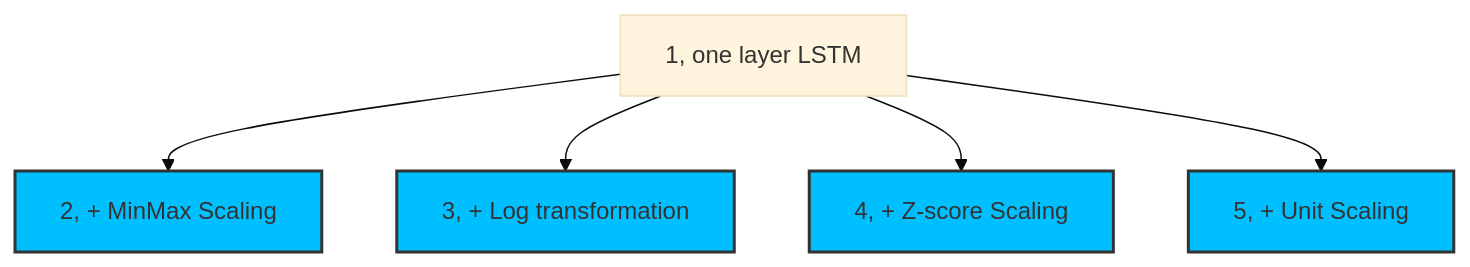
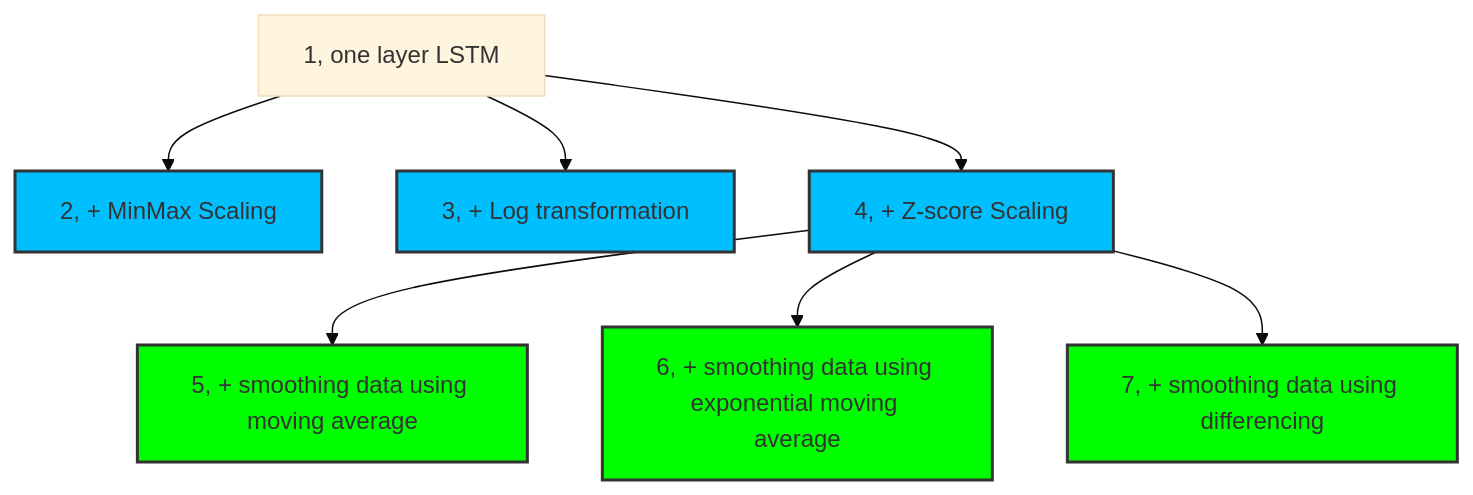
One commit to zihaozeng0021/currency-exchange-rate-forecasting changed the diagram in src/models/LSTM/LSTM_regressor/experiment_hierarchy.md. Above: the diagram before and after it, drawn with Mermaid (base theme). The commit also changed 5 other files, not shown here.

Commit message:
Start experiments on data smoothing

````diff
--- a/src/models/LSTM/LSTM_regressor/experiment_hierarchy.md
+++ b/src/models/LSTM/LSTM_regressor/experiment_hierarchy.md
@@ -1,13 +1,18 @@
 ```mermaid
 graph TD
     1[1, one layer LSTM] --> 2[2, + MinMax Scaling]
     1 --> 3[3, + Log transformation]
     1 --> 4[4, + Z-score Scaling]
-    1 --> 5[5, + Unit Scaling]
+    4 --> 5[5, + smoothing data using moving average]
+    4 --> 6[6, + smoothing data using exponential moving average]
+    4 --> 7[7, + smoothing data using differencing]
     
     
     
     classDef brightBlue fill:#00BFFF,stroke:#333,stroke-width:2px;
-    class 2,3,4,5 brightBlue;
+    class 2,3,4 brightBlue;
+    
+    classDef brightGreen fill:#00FF00,stroke:#333,stroke-width:2px;
+    class 5,6,7 brightGreen;
     
 ```
````
